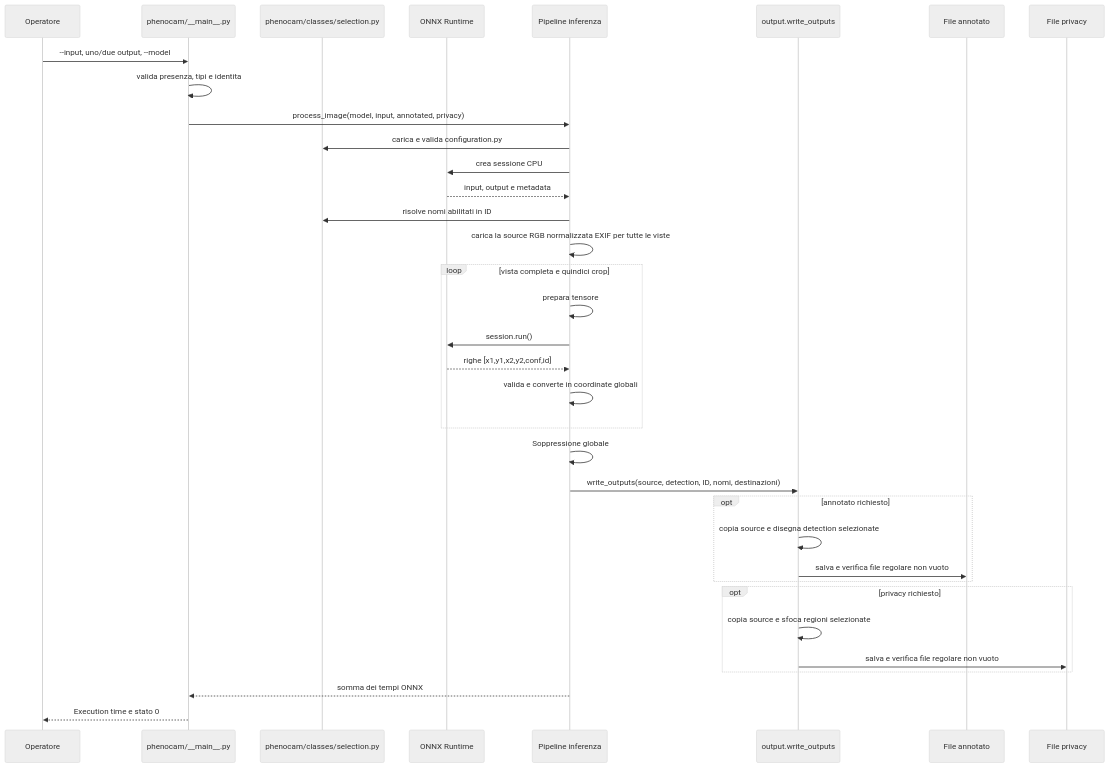
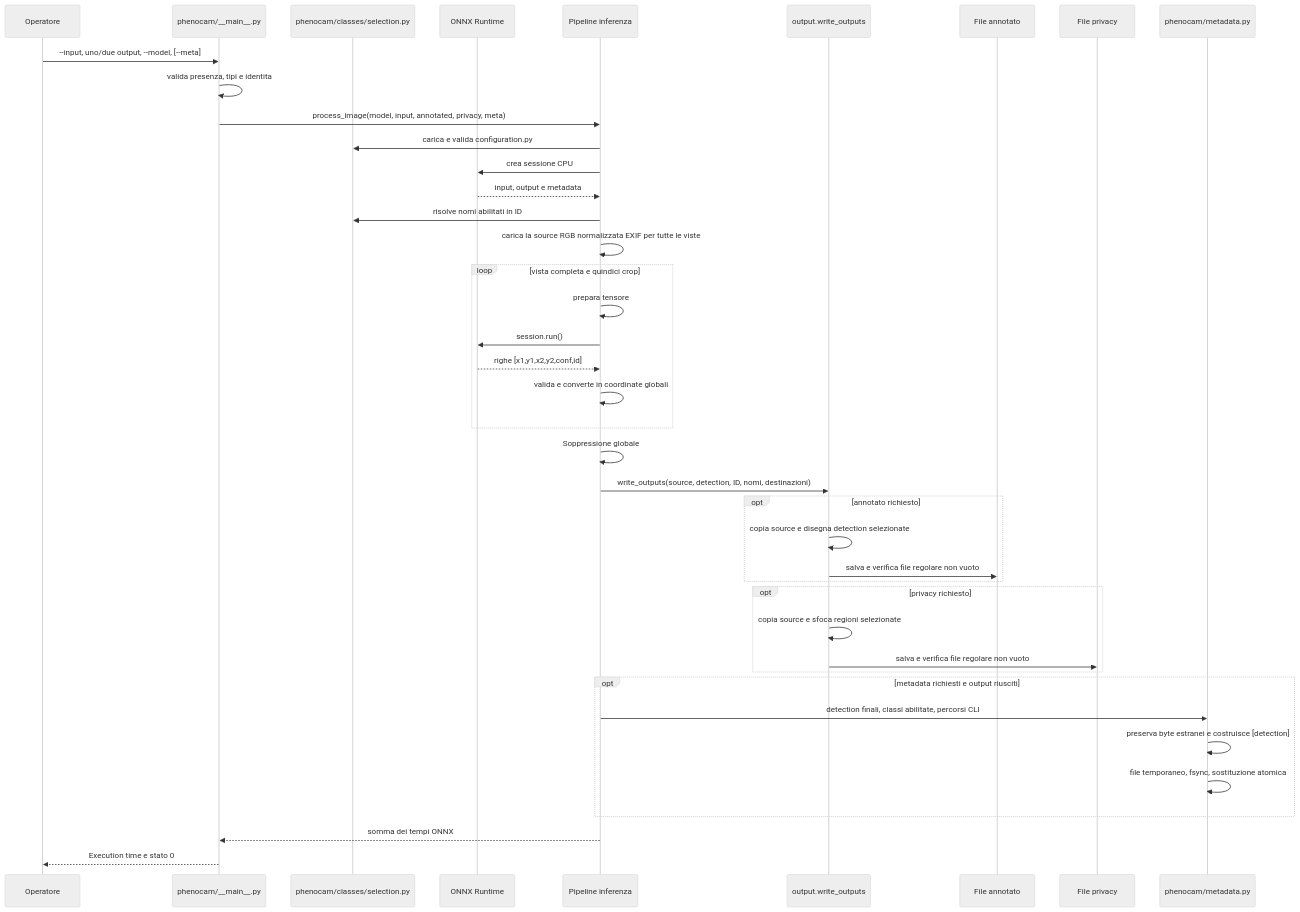
One commit to e-tufarini-terrasystem/phenocam-vision-edge changed the second of 2 diagrams in docs/architettura.md. Above: the diagram before and after it, drawn with Mermaid (neutral theme). The commit also changed other lines of this file and 4 other files, not shown here.

First line of the commit message:
docs(metadata): describe detection result transactions

````diff
--- a/docs/architettura.md
+++ b/docs/architettura.md
@@ -60,38 +63,44 @@
 ```mermaid
 sequenceDiagram
     participant U as Operatore
     participant R as phenocam/__main__.py
     participant S as phenocam/classes/selection.py
     participant O as ONNX Runtime
     participant P as Pipeline inferenza
     participant F as output.write_outputs
     participant A as File annotato
     participant V as File privacy
+    participant M as phenocam/metadata.py
 
-    U->>R: --input, uno/due output, --model
+    U->>R: --input, uno/due output, --model, [--meta]
     R->>R: valida presenza, tipi e identita
-    R->>P: process_image(model, input, annotated, privacy)
+    R->>P: process_image(model, input, annotated, privacy, meta)
     P->>S: carica e valida configuration.py
     P->>O: crea sessione CPU
     O-->>P: input, output e metadata
     P->>S: risolve nomi abilitati in ID
     P->>P: carica la source RGB normalizzata EXIF per tutte le viste
     loop vista completa e quindici crop
         P->>P: prepara tensore
         P->>O: session.run()
         O-->>P: righe [x1,y1,x2,y2,conf,id]
         P->>P: valida e converte in coordinate globali
     end
     P->>P: Soppressione globale
     P->>F: write_outputs(source, detection, ID, nomi, destinazioni)
     opt annotato richiesto
         F->>F: copia source e disegna detection selezionate
         F->>A: salva e verifica file regolare non vuoto
     end
     opt privacy richiesto
         F->>F: copia source e sfoca regioni selezionate
         F->>V: salva e verifica file regolare non vuoto
     end
+    opt metadata richiesti e output riusciti
+        P->>M: detection finali, classi abilitate, percorsi CLI
+        M->>M: preserva byte estranei e costruisce [detection]
+        M->>M: file temporaneo, fsync, sostituzione atomica
+    end
     P-->>R: somma dei tempi ONNX
     R-->>U: Execution time e stato 0
 ```
````
